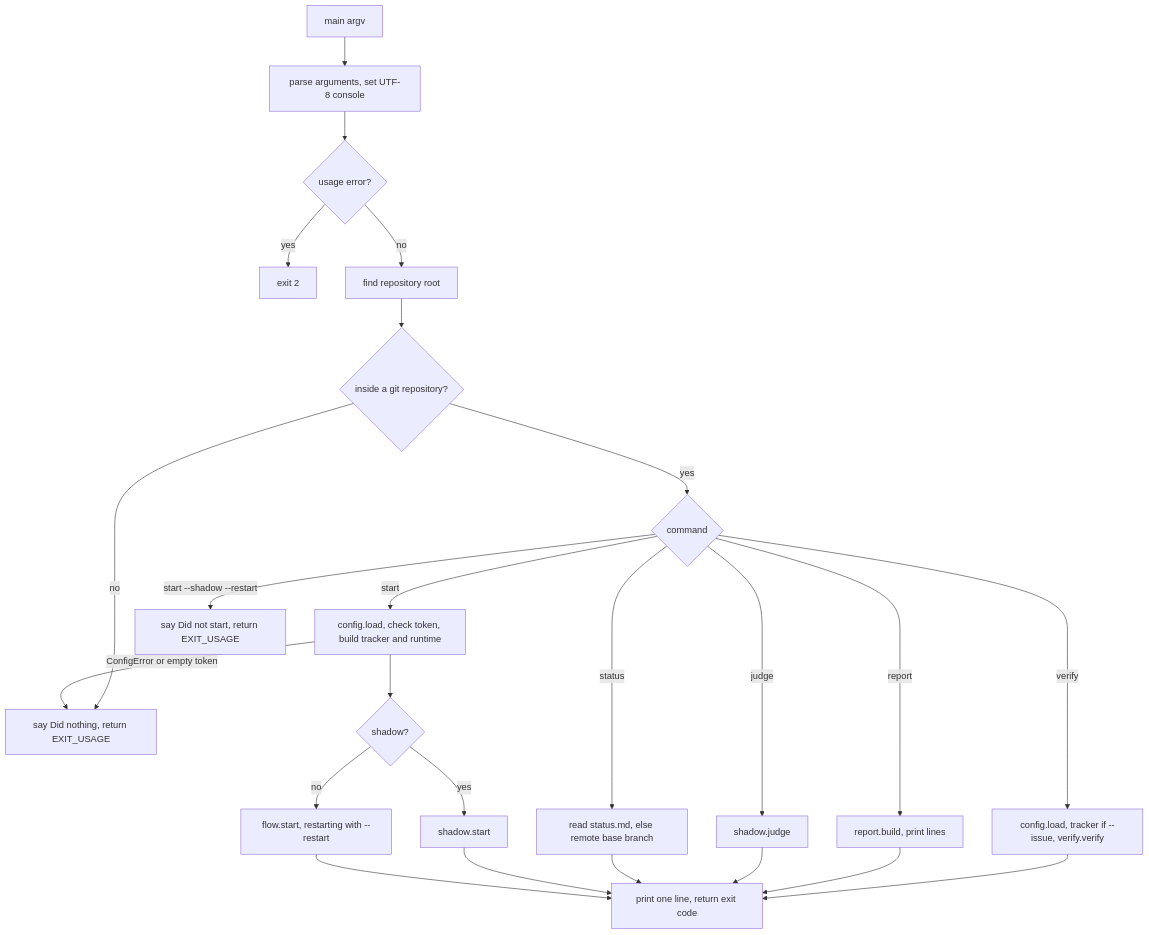
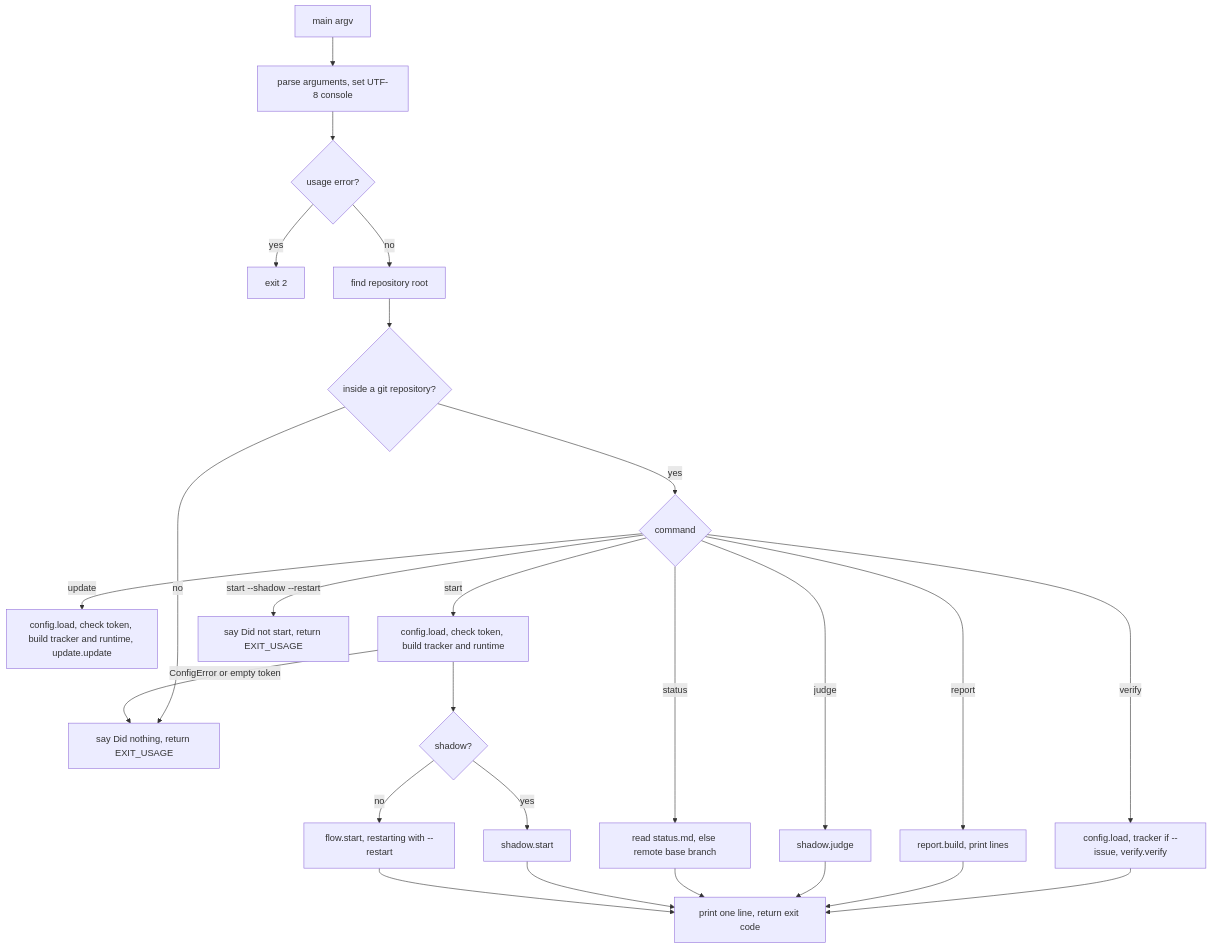
One commit to plaplanche/ariane changed the first of 3 diagrams in docs/architecture/modules/cli.md. Above: the diagram before and after it, drawn with Mermaid. The commit also changed other lines of this file and 33 other files, not shown here.

````diff
--- a/docs/architecture/modules/cli.md
+++ b/docs/architecture/modules/cli.md
@@ -26,27 +26,28 @@
 ```mermaid
 flowchart TD
   A[main argv] --> B[parse arguments, set UTF-8 console]
   B --> C{usage error?}
   C -- yes --> X[exit 2]
   C -- no --> D[find repository root]
   D --> E{inside a git repository?}
   E -- no --> U[say Did nothing, return EXIT_USAGE]
   E -- yes --> F{command}
   F -- report --> R[report.build, print lines]
   F -- judge --> J[shadow.judge]
   F -- verify --> V[config.load, tracker if --issue, verify.verify]
+  F -- update --> W[config.load, check token, build tracker and runtime, update.update]
   F -- status --> S[read status.md, else remote base branch]
   F -- start --> T[config.load, check token, build tracker and runtime]
   F -- "start --shadow --restart" --> X2[say Did not start, return EXIT_USAGE]
   T --> G{shadow?}
   G -- yes --> H[shadow.start]
   G -- no --> I[flow.start, restarting with --restart]
   V --> Z
   R --> Z
   J --> Z
   S --> Z
   H --> Z
   I --> Z
   Z[print one line, return exit code]
   T -- ConfigError or empty token --> U
 ```
````
